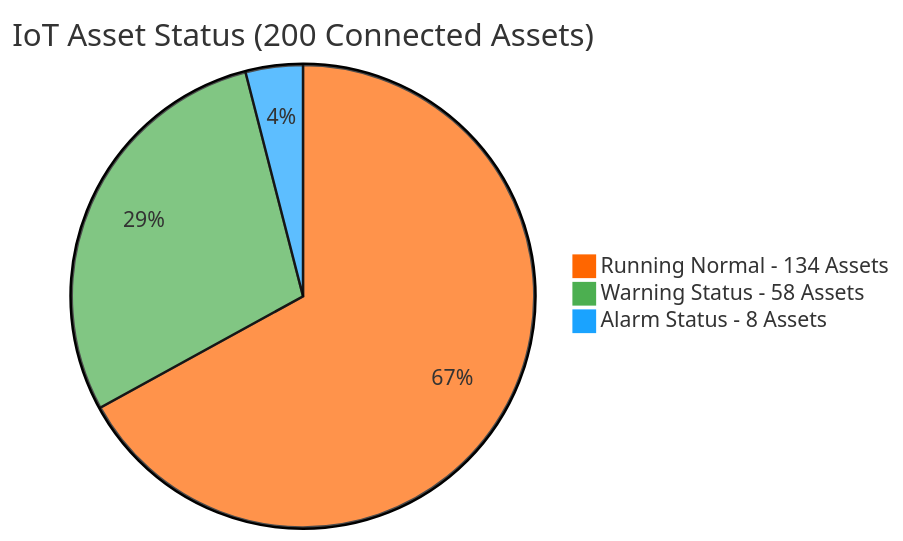
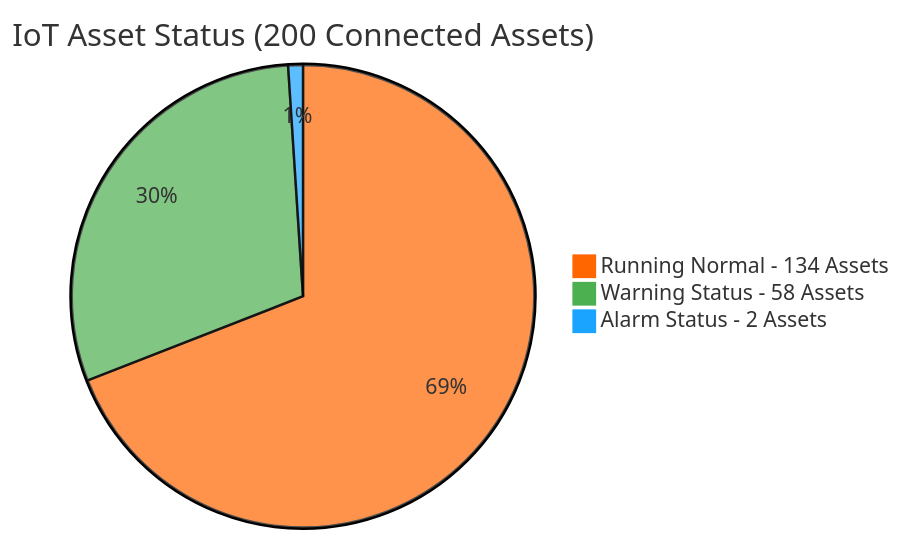
Before and after one commit to StephanieHepp/Risk-Assessment: the second of 10 diagrams in scaled_vacuum_report_200.md, drawn with Mermaid. The commit also changed other lines of this file, not shown here.

````diff
--- a/scaled_vacuum_report_200.md
+++ b/scaled_vacuum_report_200.md
@@ -28,7 +28,7 @@
 ```mermaid
 %%{init: {'theme':'base', 'themeVariables': {'primaryColor':'#ff6600', 'secondaryColor':'#4CAF50'}}}%%
 pie title IoT Asset Status (200 Connected Assets)
     "Running Normal - 134 Assets" : 134
     "Warning Status - 58 Assets" : 58
-    "Alarm Status - 8 Assets" : 8
+    "Alarm Status - 2 Assets" : 2
 ```
````
